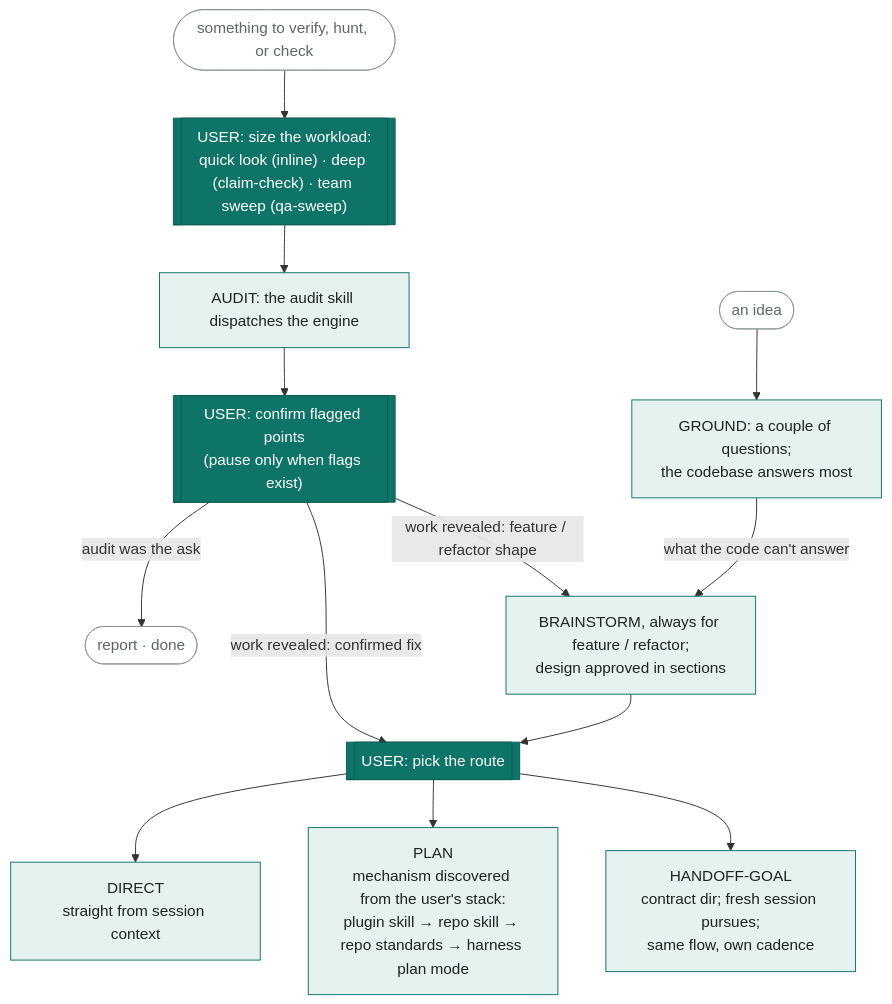
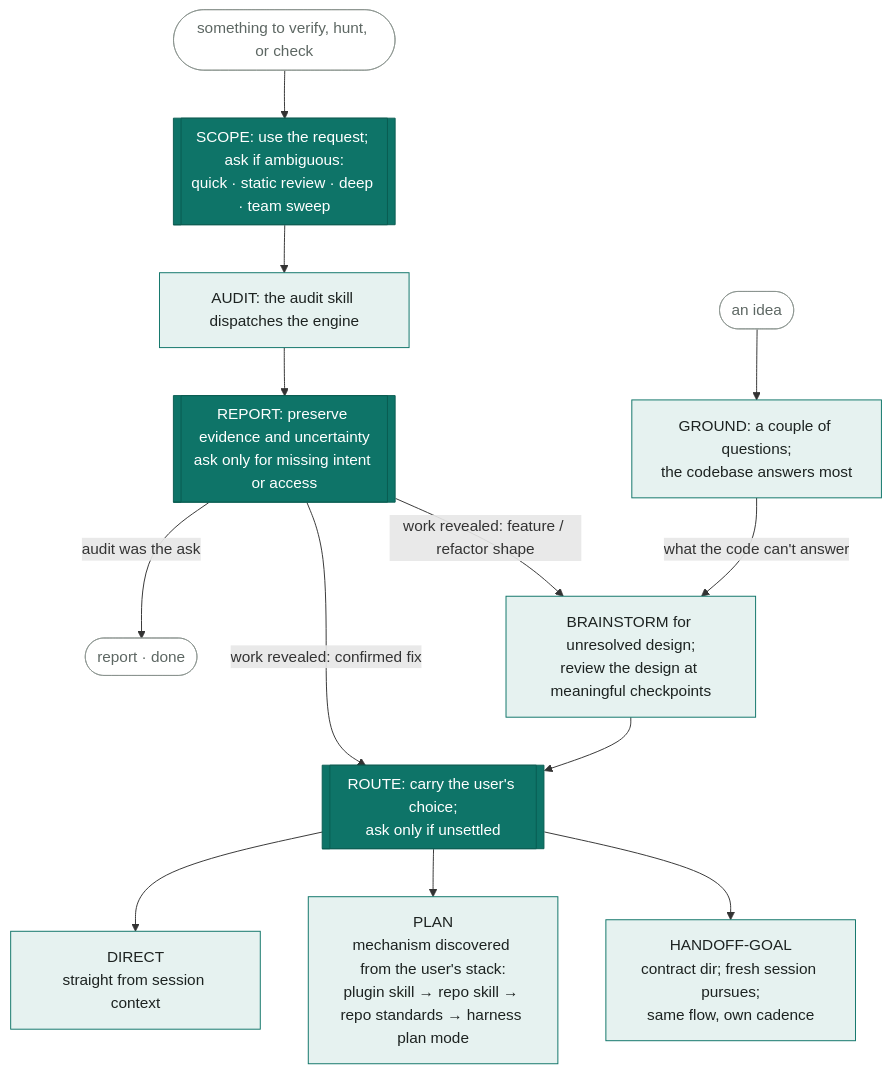
One commit to giostriquer/workshop changed the first of 2 diagrams in docs/workbench-flow.md. Above: the diagram before and after it, drawn with Mermaid. The commit also changed other lines of this file and 69 other files, not shown here.

````diff
--- a/docs/workbench-flow.md
+++ b/docs/workbench-flow.md
@@ -16,22 +15,22 @@
 ```mermaid
 flowchart TD
     classDef gate fill:#0e7468,stroke:#0a5c52,color:#ffffff
     classDef stage fill:#e6f2f0,stroke:#0e7468,color:#1d2321
     classDef term fill:none,stroke:#8a948f,color:#5d6763
 
     A0([something to verify, hunt, or check]):::term --> A1
-    A1[["USER: size the workload:<br/>quick look (inline) · deep (claim-check) · team sweep (qa-sweep)"]]:::gate
+    A1[["SCOPE: use the request; ask if ambiguous:<br/>quick · static review · deep · team sweep"]]:::gate
     A1 --> A2["AUDIT: the audit skill dispatches the engine"]:::stage
-    A2 --> A3[["USER: confirm flagged points<br/>(pause only when flags exist)"]]:::gate
+    A2 --> A3[["REPORT: preserve evidence and uncertainty<br/>ask only for missing intent or access"]]:::gate
     A3 -->|audit was the ask| A4([report · done]):::term
     A3 -->|"work revealed: feature / refactor shape"| B2
     A3 -->|"work revealed: confirmed fix"| RG
 
     B0([an idea]):::term --> B1["GROUND: a couple of questions;<br/>the codebase answers most"]:::stage
-    B1 -->|what the code can't answer| B2["BRAINSTORM, always for feature / refactor;<br/>design approved in sections"]:::stage
-    B2 --> RG[["USER: pick the route"]]:::gate
+    B1 -->|what the code can't answer| B2["BRAINSTORM for unresolved design;<br/>review the design at meaningful checkpoints"]:::stage
+    B2 --> RG[["ROUTE: carry the user's choice;<br/>ask only if unsettled"]]:::gate
 
     RG --> R1["DIRECT<br/>straight from session context"]:::stage
     RG --> R2["PLAN<br/>mechanism discovered from the user's stack:<br/>plugin skill → repo skill → repo standards → harness plan mode"]:::stage
     RG --> R3["HANDOFF-GOAL<br/>contract dir; fresh session pursues;<br/>same flow, own cadence"]:::stage
 ```
````
